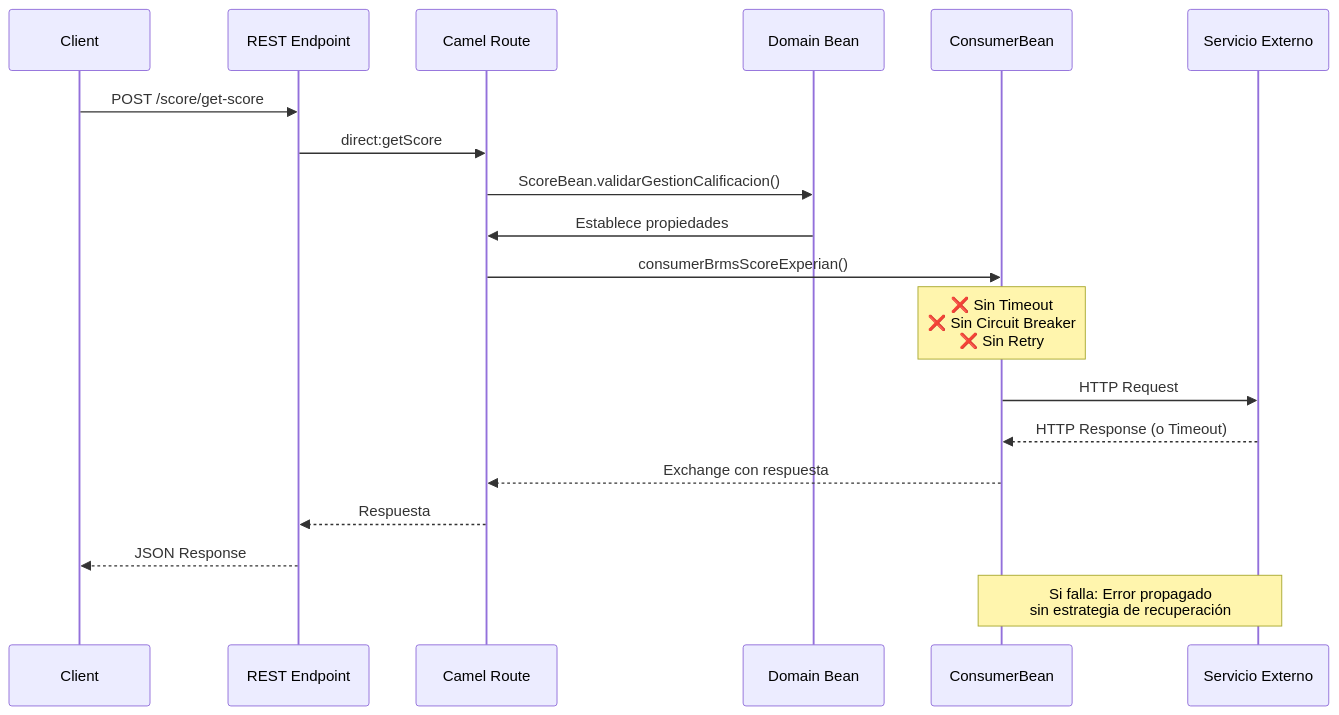
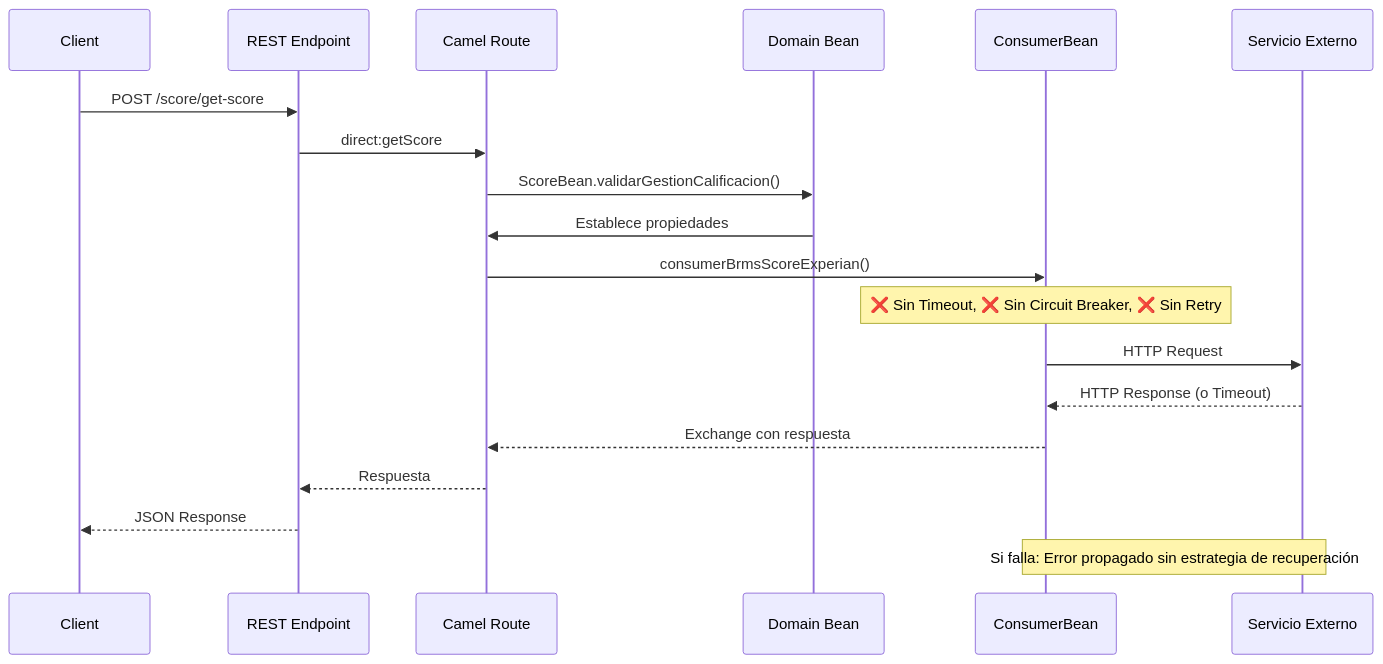
Before and after one commit to rrondinel/documents: the fifth of 27 diagrams in DIAGRAMAS_MERMAID_COMPARATIVOS.md, drawn with Mermaid. The commit also changed other lines of this file, not shown here.

````diff
--- a/DIAGRAMAS_MERMAID_COMPARATIVOS.md
+++ b/DIAGRAMAS_MERMAID_COMPARATIVOS.md
@@ -215,23 +215,23 @@
 ```mermaid
 sequenceDiagram
     participant Client
     participant REST as REST Endpoint
     participant Route as Camel Route
     participant Domain as Domain Bean
     participant Infra as ConsumerBean
     participant External as Servicio Externo
     
     Client->>REST: POST /score/get-score
     REST->>Route: direct:getScore
     Route->>Domain: ScoreBean.validarGestionCalificacion()
     Domain->>Route: Establece propiedades
     Route->>Infra: consumerBrmsScoreExperian()
-    Note over Infra: ❌ Sin Timeout<br/>❌ Sin Circuit Breaker<br/>❌ Sin Retry
+    Note over Infra: ❌ Sin Timeout, ❌ Sin Circuit Breaker, ❌ Sin Retry
     Infra->>External: HTTP Request
     External-->>Infra: HTTP Response (o Timeout)
     Infra-->>Route: Exchange con respuesta
     Route-->>REST: Respuesta
     REST-->>Client: JSON Response
     
-    Note over Infra,External: Si falla: Error propagado<br/>sin estrategia de recuperación
+    Note over Infra,External: Si falla: Error propagado sin estrategia de recuperación
 ```
````
